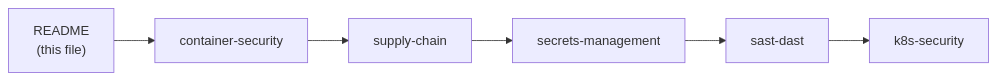
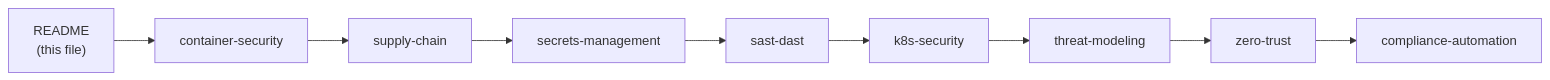
Before and after one commit to deepanshu-rawat6/DevOpsIndex: the diagram in security-engineering/README.md, drawn with Mermaid. The commit also changed other lines of this file and 16 other files, not shown here.

````diff
--- a/security-engineering/README.md
+++ b/security-engineering/README.md
@@ -76,8 +76,11 @@
 ```mermaid
 graph LR
     README["README\n(this file)"] --> CS["container-security"]
     CS --> SC["supply-chain"]
     SC --> SM["secrets-management"]
     SM --> SD["sast-dast"]
     SD --> KS["k8s-security"]
+    KS --> TM["threat-modeling"]
+    TM --> ZT["zero-trust"]
+    ZT --> CA["compliance-automation"]
 ```
````
